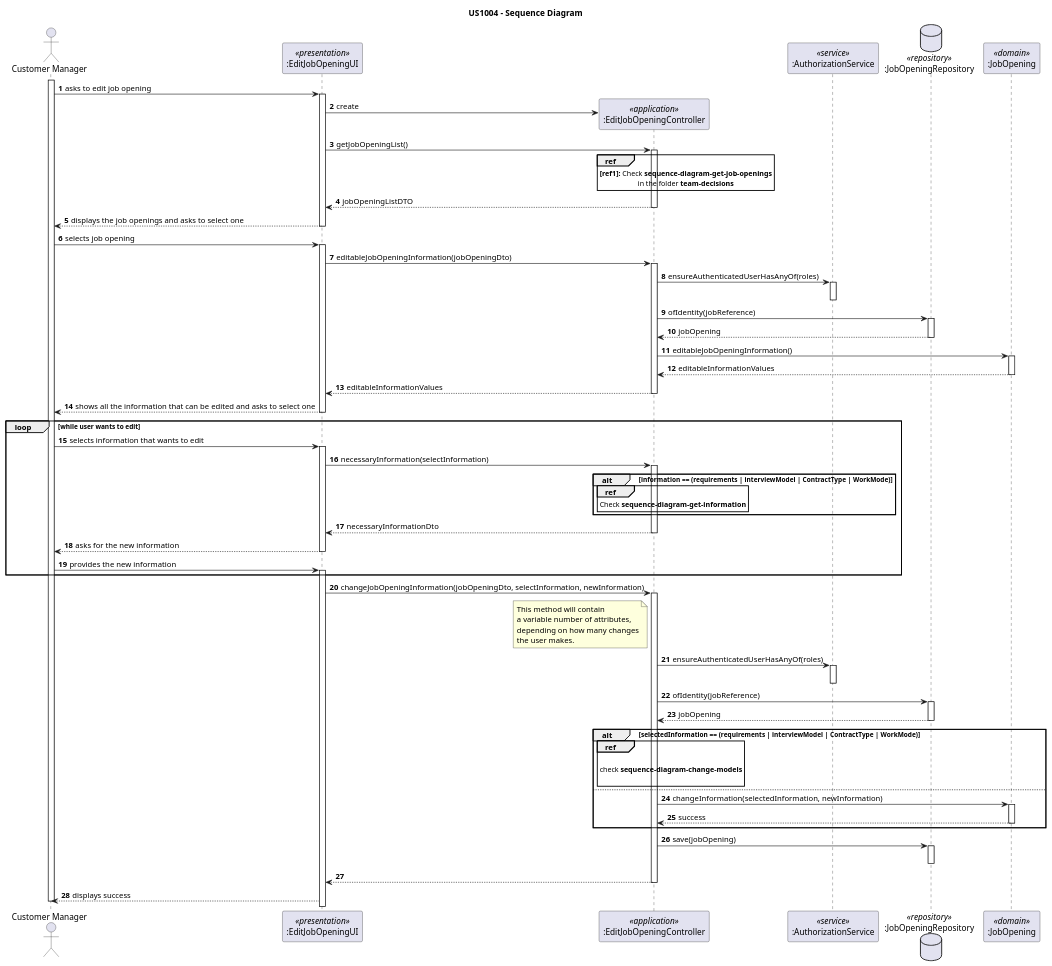
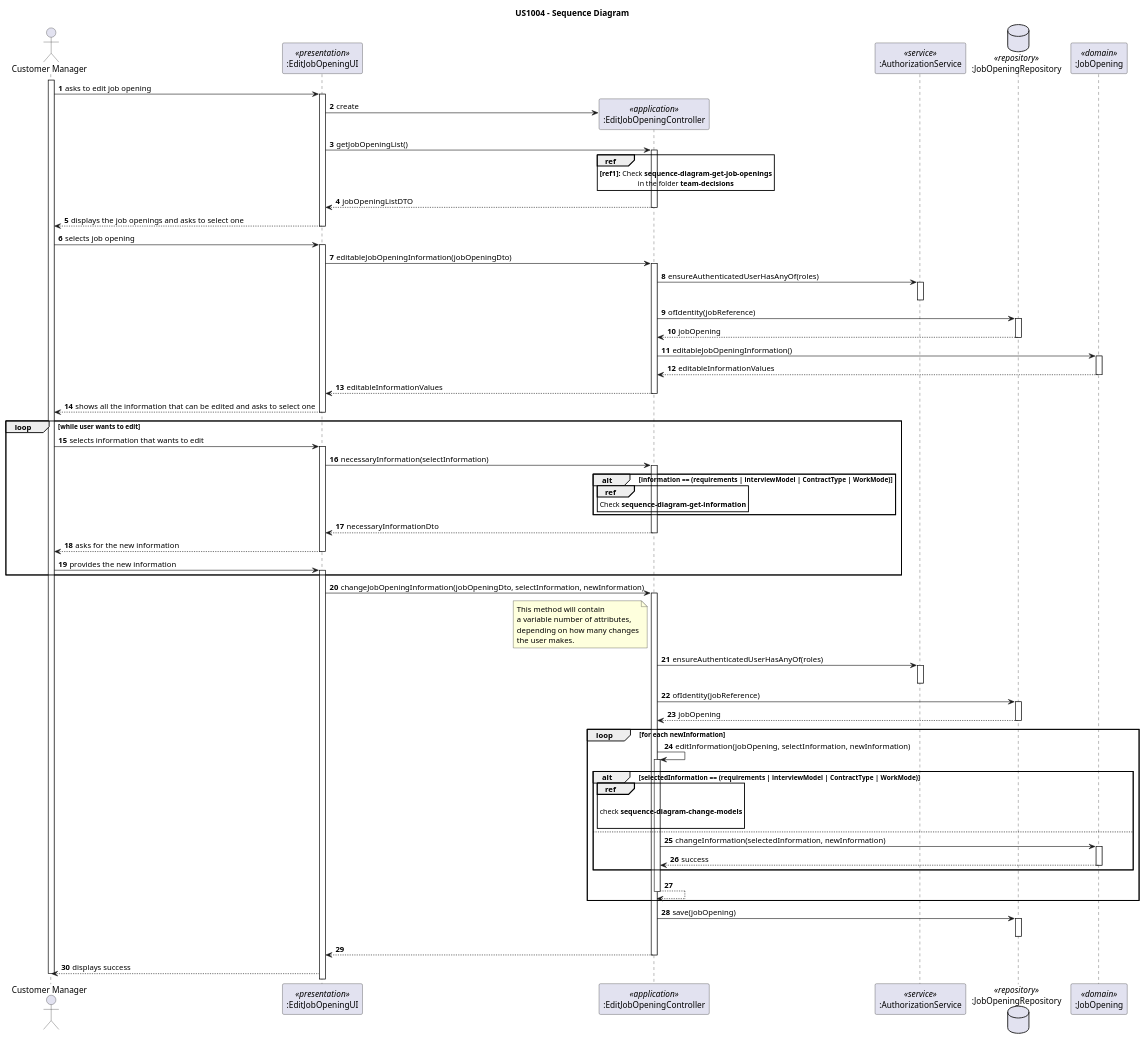
One commit to rita-barbosa/LAPR4-2324 changed the diagram in docs/sprint-c/us_1004/design-diagrams/sequence-diagram.puml. Above: the diagram before and after it, drawn with PlantUML. The commit also changed 3 other files, not shown here.

Commit message:
docs: update sequence and class diagram of us1004. [closes #276]

```diff
--- a/docs/sprint-c/us_1004/design-diagrams/sequence-diagram.puml
+++ b/docs/sprint-c/us_1004/design-diagrams/sequence-diagram.puml
@@ -1,138 +1,146 @@
 @startuml
 'https://plantuml.com/sequence-diagram
 
 title US1004 - Sequence Diagram
 
 autonumber
 
 actor "Customer Manager" as USER
 participant ":EditJobOpeningUI" as UI <<presentation>>
 participant ":EditJobOpeningController" as CTRL <<application>>
 participant ":AuthorizationService" as AUTHZ <<service>>
 database ":JobOpeningRepository" as JO_REPO <<repository>>
 participant ":JobOpening" as JO <<domain>>
 
 activate USER
 
 USER -> UI : asks to edit job opening
 activate UI
 
 UI -> CTRL**: create
 
 UI -> CTRL : getJobOpeningList()
 activate CTRL
 
 ref over CTRL
 **[ref1]:** Check **sequence-diagram-get-job-openings**
 in the folder **team-decisions**
 end ref
 
 CTRL --> UI: jobOpeningListDTO
 deactivate CTRL
 
 UI --> USER : displays the job openings and asks to select one
 deactivate UI
 
 
 USER -> UI : selects job opening
 activate UI
 
     UI -> CTRL: editableJobOpeningInformation(jobOpeningDto)
     activate CTRL
 
     CTRL -> AUTHZ:  ensureAuthenticatedUserHasAnyOf(roles)
     activate AUTHZ
     deactivate AUTHZ
 
     CTRL -> JO_REPO: ofIdentity(jobReference)
     activate JO_REPO
 
     JO_REPO --> CTRL: jobOpening
     deactivate JO_REPO
 
     CTRL -> JO : editableJobOpeningInformation()
     activate JO
 
     JO --> CTRL: editableInformationValues
     deactivate JO
 
     CTRL --> UI: editableInformationValues
     deactivate CTRL
 
 
 UI --> USER : shows all the information that can be edited and asks to select one
 deactivate UI
 
 loop while user wants to edit
     USER -> UI : selects information that wants to edit
     activate UI
 
     UI -> CTRL: necessaryInformation(selectInformation)
     activate CTRL
 
     alt information == (requirements | interviewModel | ContractType | WorkMode)
 
         ref over CTRL
             Check **sequence-diagram-get-information**
         end ref
     end alt
 
     CTRL --> UI: necessaryInformationDto
     deactivate CTRL
 
     UI --> USER : asks for the new information
     deactivate UI
 
     USER -> UI: provides the new information
     activate UI
 end loop
 
     UI -> CTRL: changeJobOpeningInformation(jobOpeningDto, selectInformation, newInformation)
     activate CTRL
 
         note left CTRL
         This method will contain
         a variable number of attributes,
         depending on how many changes
         the user makes.
         end note
 
     CTRL -> AUTHZ:  ensureAuthenticatedUserHasAnyOf(roles)
     activate AUTHZ
     deactivate AUTHZ
 
     CTRL -> JO_REPO: ofIdentity(jobReference)
     activate JO_REPO
 
     JO_REPO --> CTRL: jobOpening
     deactivate JO_REPO
 
+     loop for each newInformation
+
+    CTRL -> CTRL: editInformation(jobOpening, selectInformation, newInformation)
+activate CTRL
+
     alt selectedInformation == (requirements | interviewModel | ContractType | WorkMode)
         ref over CTRL
 
             check **sequence-diagram-change-models**
 
         end ref
     else
 
     CTRL -> JO: changeInformation(selectedInformation, newInformation)
     activate JO
 
     JO --> CTRL: success
     deactivate JO
 
     end alt
 
+    CTRL --> CTRL:
+    deactivate CTRL
+end loop
     CTRL -> JO_REPO: save(jobOpening)
     activate JO_REPO
     deactivate JO_REPO
 
 CTRL --> UI:
 deactivate CTRL
 
 UI --> USER: displays success
 
 deactivate USER
 
 
 @enduml
```
